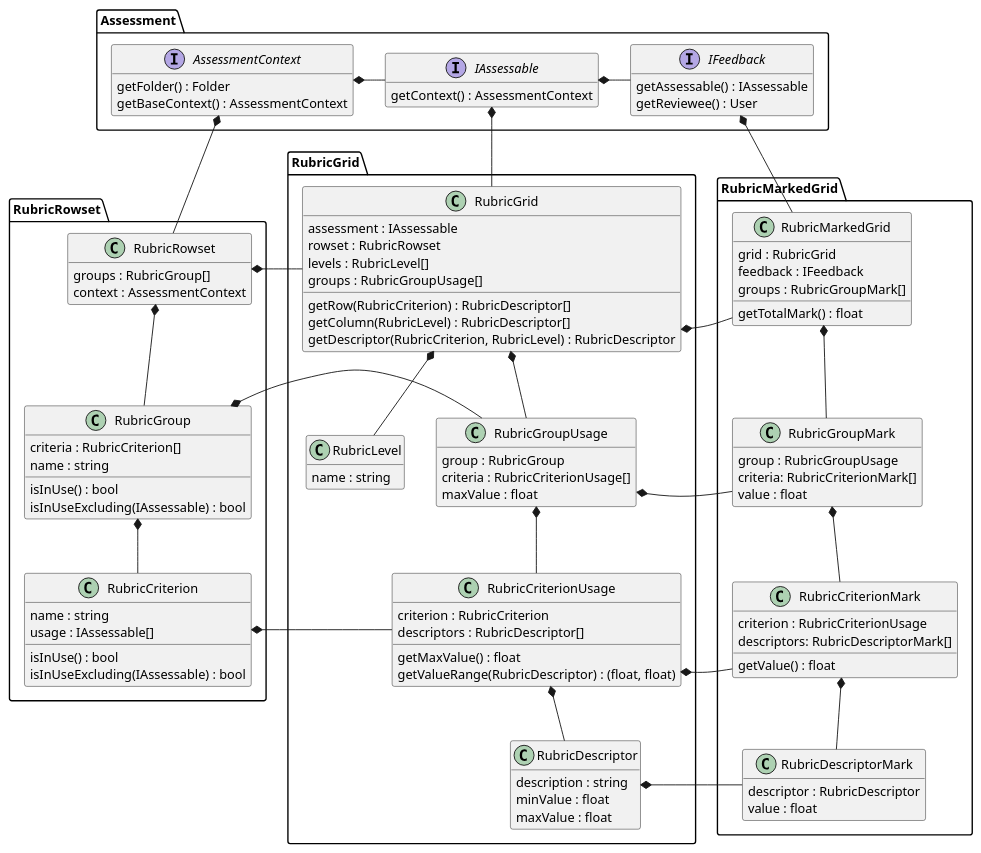
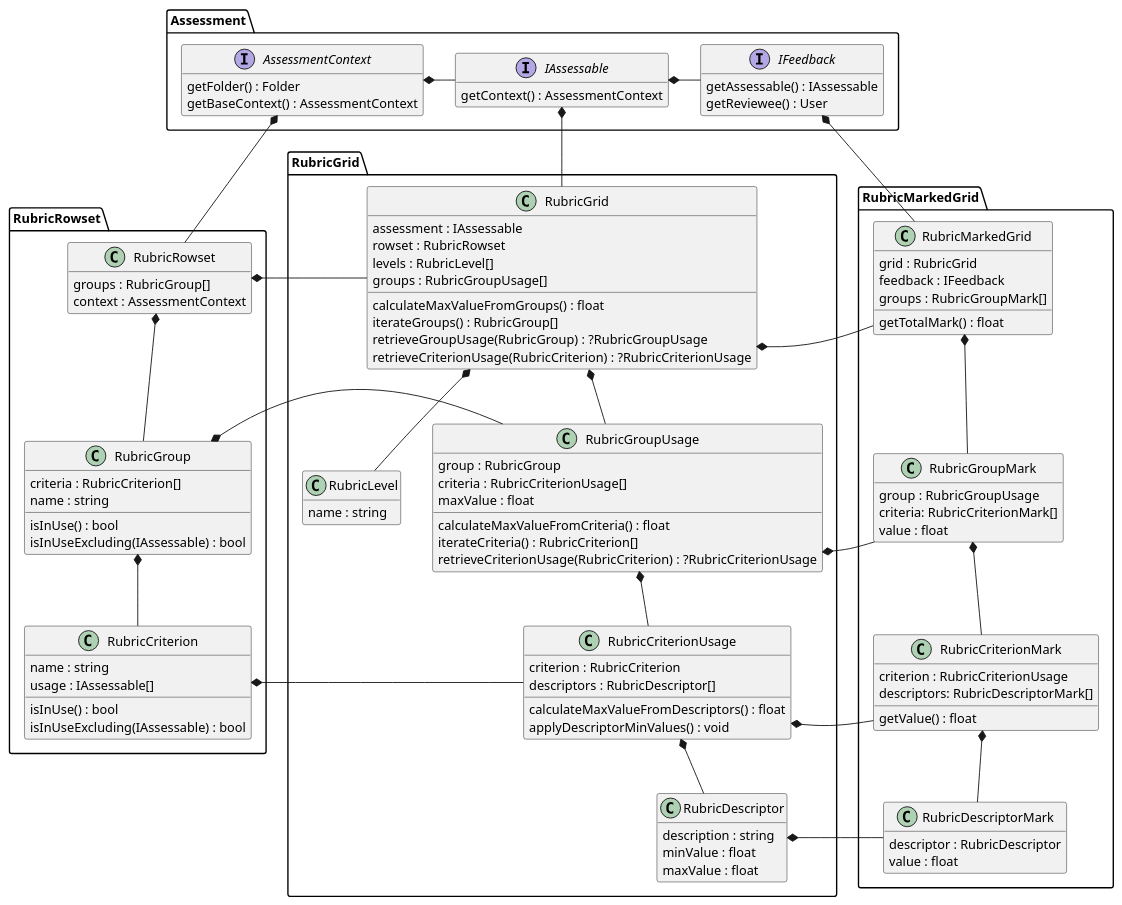
One commit to juliaattrevisan/schoolbox-api-docs changed the diagram in library/Schoolbox/Assessment/Rubric/Rubric.plantuml. Above: the diagram before and after it, drawn with PlantUML. The commit also changed 6 other files, not shown here.

Commit message:
Rename methods and update UML to match [SA-7282]

```diff
--- a/library/Schoolbox/Assessment/Rubric/Rubric.plantuml
+++ b/library/Schoolbox/Assessment/Rubric/Rubric.plantuml
@@ -1,151 +1,155 @@
 @startuml
 
 hide empty fields
 hide empty methods
 
 namespace Assessment {
 
     interface AssessmentContext {
         getFolder() : Folder
         getBaseContext() : AssessmentContext
     }
 
     interface IAssessable {
         getContext() : AssessmentContext
     }
 
     interface IFeedback {
         getAssessable() : IAssessable
         getReviewee() : User
     }
 
     ' internal relations
     AssessmentContext *-r- IAssessable
     IAssessable *-r- IFeedback
 }
 
 
 namespace RubricRowset {
 
     class RubricRowset {
         groups : RubricGroup[]
         context : AssessmentContext
     }
 
     class RubricGroup {
         criteria : RubricCriterion[]
         name : string
         isInUse() : bool
         isInUseExcluding(IAssessable) : bool
     }
 
     class RubricCriterion {
         name : string
         usage : IAssessable[]
         isInUse() : bool
         isInUseExcluding(IAssessable) : bool
     }
 
     ' internal relations
     RubricRowset *-d- RubricGroup
     RubricGroup *-d- RubricCriterion
 
     ' relation to Assessment
     Assessment.AssessmentContext *-d- RubricRowset
 }
 
 
 namespace RubricGrid {
 
     class RubricGrid {
         assessment : IAssessable
         rowset : RubricRowset
         levels : RubricLevel[]
         groups : RubricGroupUsage[]
-        getRow(RubricCriterion) : RubricDescriptor[]
-        getColumn(RubricLevel) : RubricDescriptor[]
-        getDescriptor(RubricCriterion, RubricLevel) : RubricDescriptor
+        calculateMaxValueFromGroups() : float
+        iterateGroups() : RubricGroup[]
+        retrieveGroupUsage(RubricGroup) : ?RubricGroupUsage
+        retrieveCriterionUsage(RubricCriterion) : ?RubricCriterionUsage
     }
 
     class RubricGroupUsage {
         group : RubricGroup
         criteria : RubricCriterionUsage[]
         maxValue : float
+        calculateMaxValueFromCriteria() : float
+        iterateCriteria() : RubricCriterion[]
+        retrieveCriterionUsage(RubricCriterion) : ?RubricCriterionUsage
     }
 
     class RubricCriterionUsage {
         criterion : RubricCriterion
         descriptors : RubricDescriptor[]
-        getMaxValue() : float
-        getValueRange(RubricDescriptor) : (float, float)
+        calculateMaxValueFromDescriptors() : float
+        applyDescriptorMinValues() : void
     }
 
     class RubricLevel {
         name : string
     }
 
     class RubricDescriptor {
         description : string
         minValue : float
         maxValue : float
     }
 
     ' internal relations
     RubricGrid *-d- RubricGroupUsage
     RubricGroupUsage *-d- RubricCriterionUsage
     RubricCriterionUsage *-d- RubricDescriptor
     RubricGrid *-d- RubricLevel
     RubricLevel *-[hidden]r- RubricGroupUsage
 
     ' relation to Assessment
     Assessment.IAssessable *-d- RubricGrid
 
     ' relation to RubricRowset
     RubricGrid -l-* RubricRowset.RubricRowset
     RubricGroupUsage -l-* RubricRowset.RubricGroup
     RubricCriterionUsage -l-* RubricRowset.RubricCriterion
 }
 
 
 namespace RubricMarkedGrid {
 
     class RubricMarkedGrid {
         grid : RubricGrid
         feedback : IFeedback
         groups : RubricGroupMark[]
         getTotalMark() : float
     }
 
     class RubricGroupMark {
         group : RubricGroupUsage
         criteria: RubricCriterionMark[]
         value : float
     }
 
     class RubricCriterionMark {
         criterion : RubricCriterionUsage
         descriptors: RubricDescriptorMark[]
         getValue() : float
     }
 
     class RubricDescriptorMark {
         descriptor : RubricDescriptor
         value : float
     }
 
     ' internal relations
     RubricMarkedGrid *-d- RubricGroupMark
     RubricGroupMark *-d- RubricCriterionMark
     RubricCriterionMark *-d- RubricDescriptorMark
 
     ' relation to Assessment
     Assessment.IFeedback *-d- RubricMarkedGrid
 
     ' relation to RubricGrid
     RubricMarkedGrid -l-* RubricGrid.RubricGrid
     RubricGroupMark -l-* RubricGrid.RubricGroupUsage
     RubricCriterionMark -l-* RubricGrid.RubricCriterionUsage
     RubricDescriptorMark -l-* RubricGrid.RubricDescriptor
 }
 
 @enduml
```
